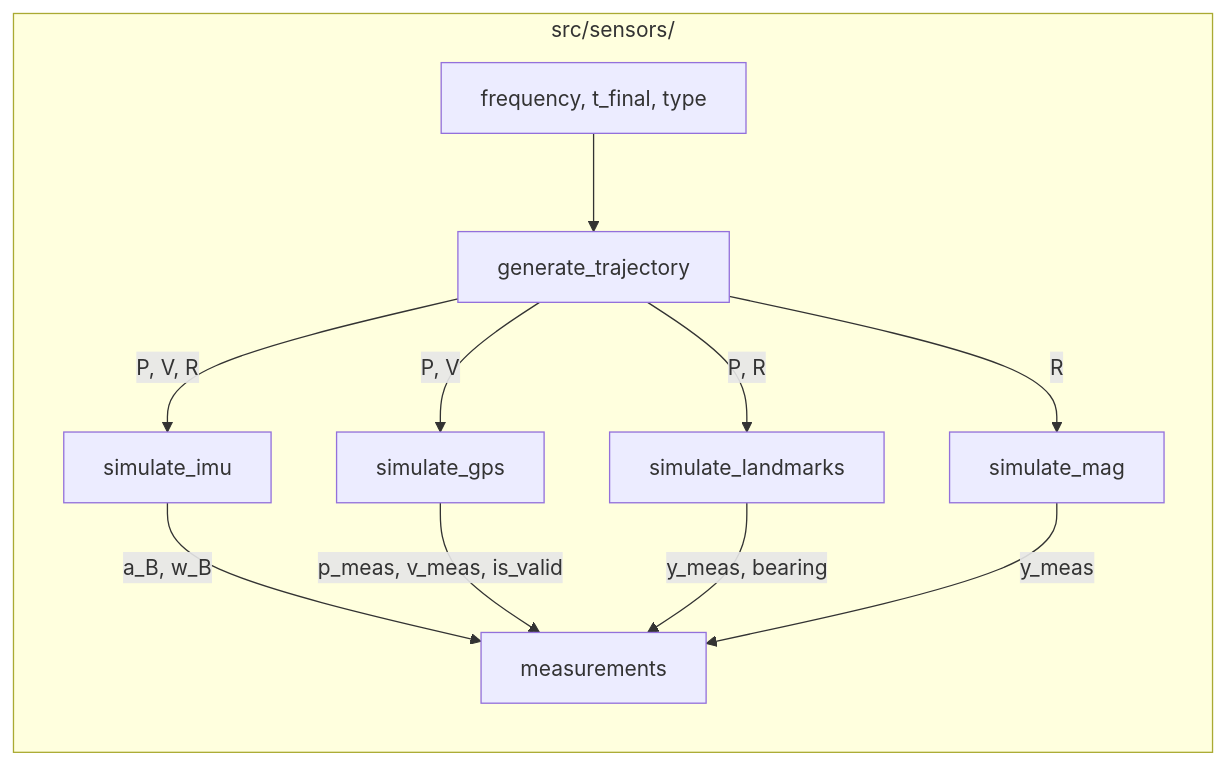
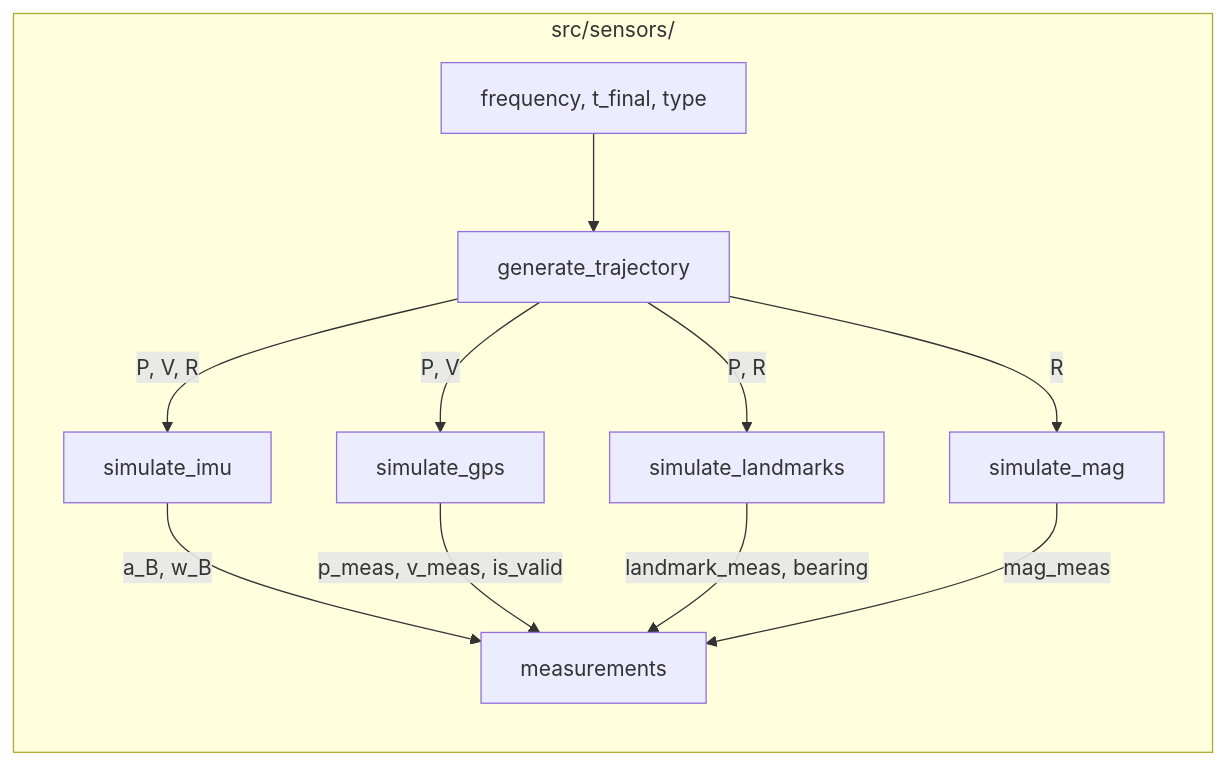
The second of 4 diagrams in README.md (Sifouu/V0_Sif_Refactored_INS), drawn with Mermaid before and after one commit. The commit also changed other lines of this file and 9 other files, not shown here.

Commit message:
Refactor: Rename y_meas→landmark_meas and m_B_meas→mag_meas across all scripts

````diff
--- a/README.md
+++ b/README.md
@@ -39,14 +39,14 @@
 ```mermaid
 graph LR
     subgraph "src/sensors/"
         A[frequency, t_final, type] --> TRJ[generate_trajectory]
         TRJ --> |P, V, R| IMU[simulate_imu]
         TRJ --> |P, V| GPS[simulate_gps]
         TRJ --> |P, R| CAM[simulate_landmarks]
         TRJ --> |R| MAG[simulate_mag]
         IMU --> |a_B, w_B| OUT[measurements]
         GPS --> |p_meas, v_meas, is_valid| OUT
-        CAM --> |y_meas, bearing| OUT
-        MAG --> |y_meas| OUT
+        CAM --> |landmark_meas, bearing| OUT
+        MAG --> |mag_meas| OUT
     end
 ```
````
